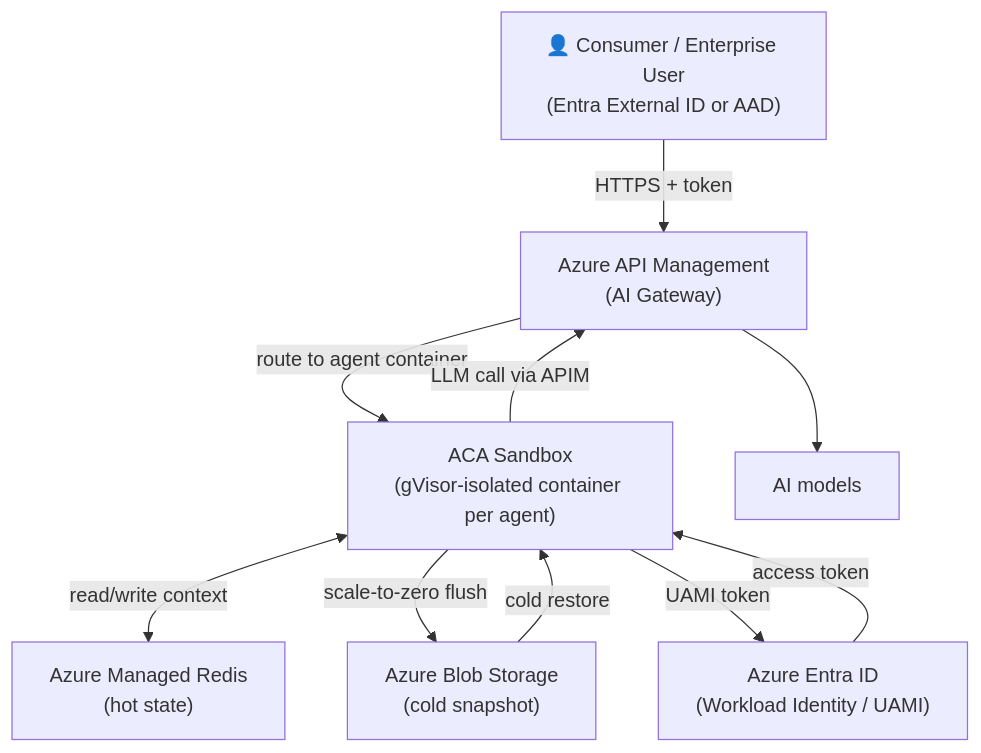
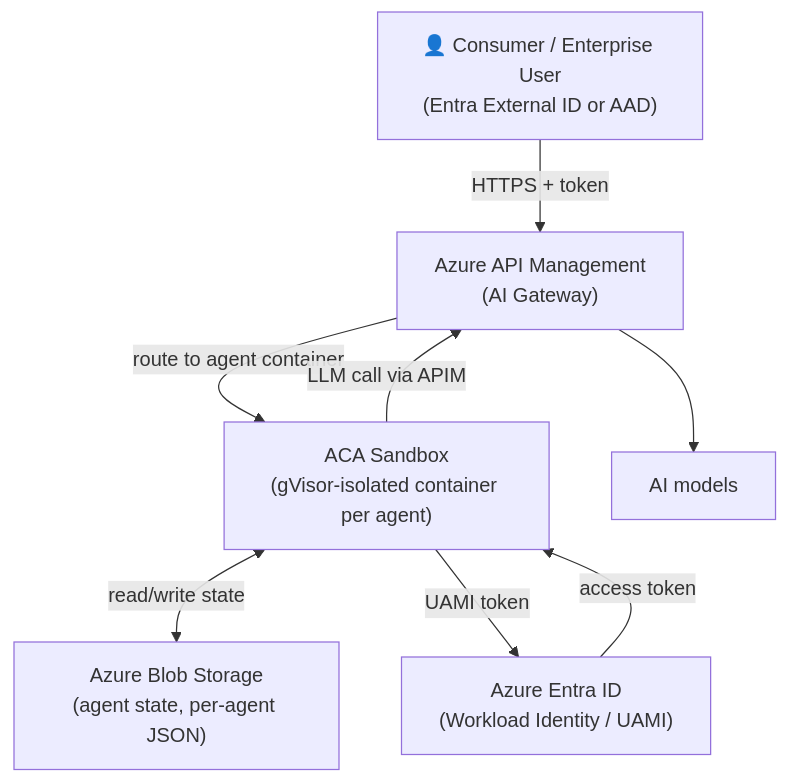
The third of 3 diagrams in agenthost/agenthost.md (oxcp/ainotes), drawn with Mermaid before and after one commit. The commit also changed other lines of this file and 28 other files, not shown here.

First line of the commit message:
Refactor agent state management and deployment for Azure Container Apps Sandboxes

````diff
--- a/agenthost/agenthost.md
+++ b/agenthost/agenthost.md
@@ -236,20 +241,17 @@
 ```mermaid
 flowchart TD
     user["👤 Consumer / Enterprise User\n(Entra External ID or AAD)"]
     apim["Azure API Management\n(AI Gateway)"]
     aca["ACA Sandbox\n(gVisor-isolated container per agent)"]
-    redis["Azure Managed Redis\n(hot state)"]
-    blob["Azure Blob Storage\n(cold snapshot)"]
+    blob["Azure Blob Storage\n(agent state, per-agent JSON)"]
     aoai["AI models"]
     entra["Azure Entra ID\n(Workload Identity / UAMI)"]
 
     user -->|"HTTPS + token"| apim
     apim -->|"route to agent container"| aca
-    aca <-->|"read/write context"| redis
-    aca -->|"scale-to-zero flush"| blob
-    blob -->|"cold restore"| aca
+    aca <-->|"read/write state"| blob
     aca -->|"UAMI token"| entra
     entra -->|"access token"| aca
     aca -->|"LLM call via APIM"| apim
     apim --> aoai
 ```
````
